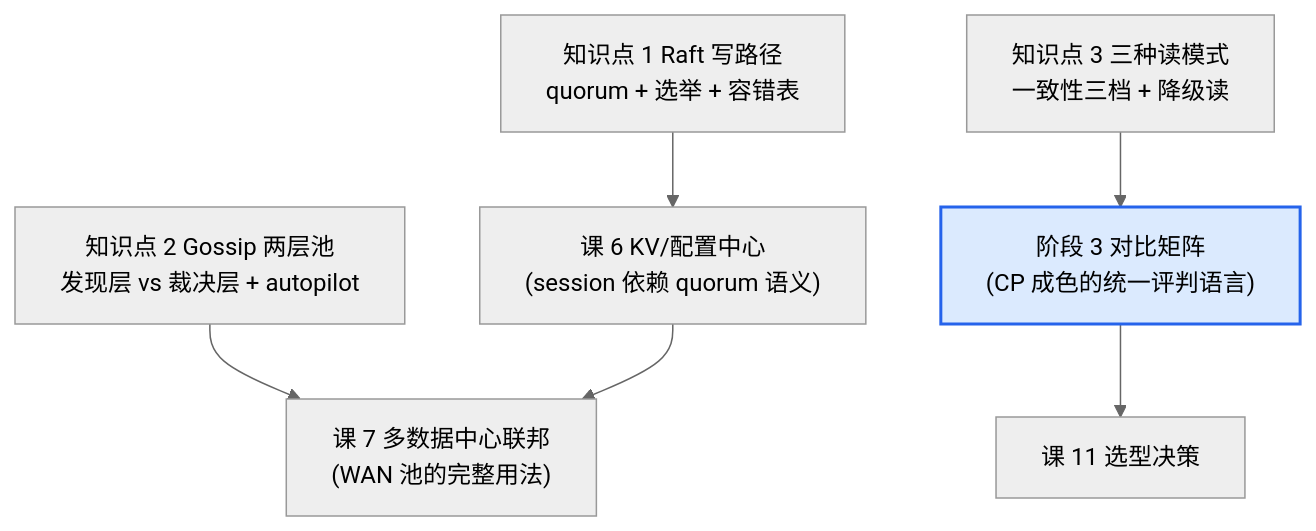
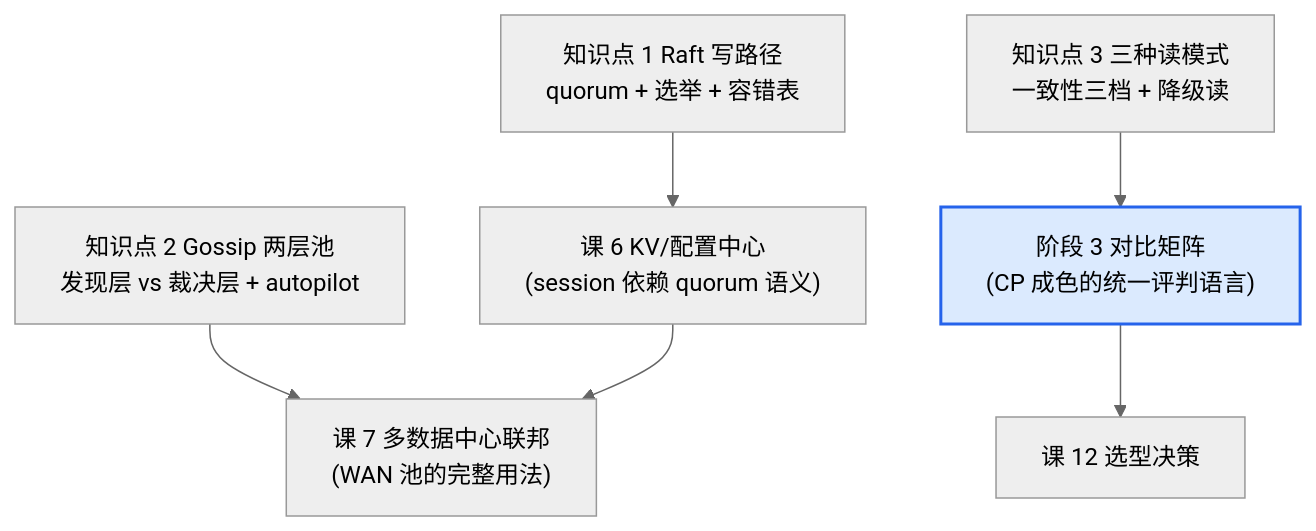
The third of 3 diagrams in consul/stages/2-核心能力拆解/lessons/lesson-05-Raft与Gossip一致性成色.md (HACK-WU/learning), drawn with Mermaid (neutral theme) before and after one commit. The commit also changed other lines of this file and 59 other files, not shown here.

````diff
--- a/consul/stages/2-核心能力拆解/lessons/lesson-05-Raft与Gossip一致性成色.md
+++ b/consul/stages/2-核心能力拆解/lessons/lesson-05-Raft与Gossip一致性成色.md
@@ -321,9 +321,9 @@
 ```mermaid
 flowchart TD
     K1["知识点 1 Raft 写路径<br/>quorum + 选举 + 容错表"] --> N6["课 6 KV/配置中心<br/>(session 依赖 quorum 语义)"]
     K2["知识点 2 Gossip 两层池<br/>发现层 vs 裁决层 + autopilot"] --> N7["课 7 多数据中心联邦<br/>(WAN 池的完整用法)"]
     K3["知识点 3 三种读模式<br/>一致性三档 + 降级读"] --> N9["阶段 3 对比矩阵<br/>(CP 成色的统一评判语言)"]
     N6 --> N7
-    N9 --> FINAL["课 11 选型决策"]
+    N9 --> FINAL["课 12 选型决策"]
     style N9 fill:#dbeafe,stroke:#2563eb,stroke-width:2px
 ```
````
